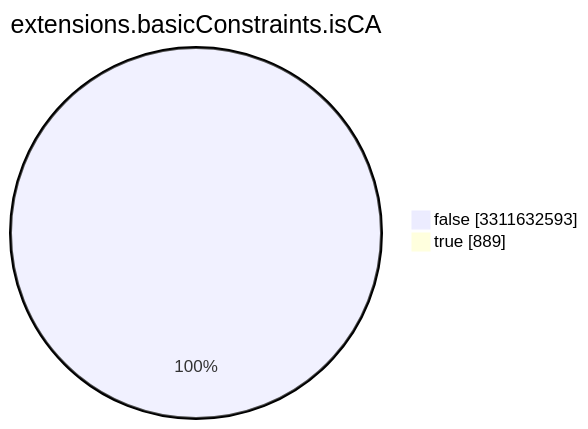
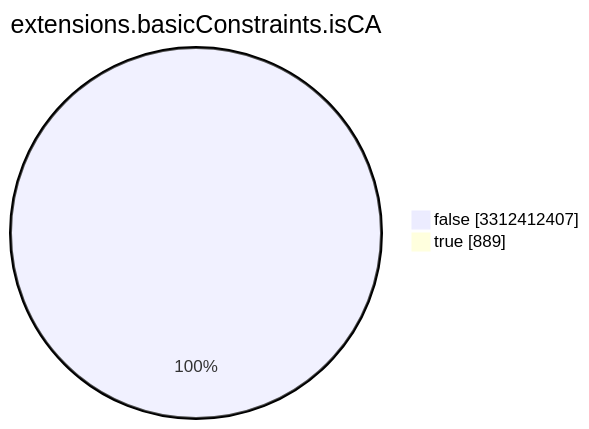
The seventh of 15 diagrams in TOTAL/README.md (christiankrug/ctmonitor_visualization), drawn with Mermaid before and after one commit. The commit also changed other lines of this file, not shown here.

````diff
--- a/TOTAL/README.md
+++ b/TOTAL/README.md
@@ -3089,6 +3089,6 @@
 ```mermaid
 pie showData
 title extensions.basicConstraints.isCA
-"false" :3311632593
+"false" :3312412407
 "true" :889
 ```
````
